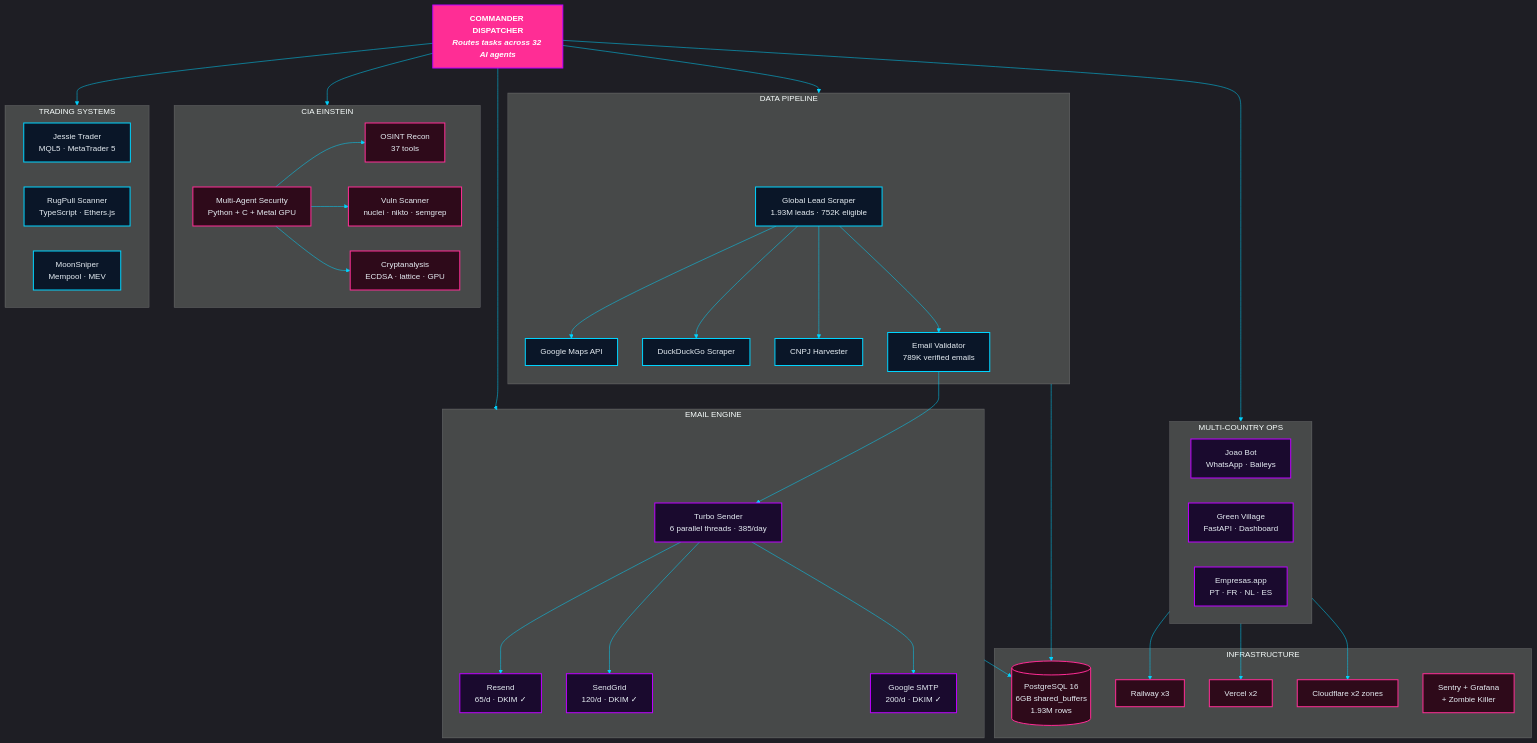
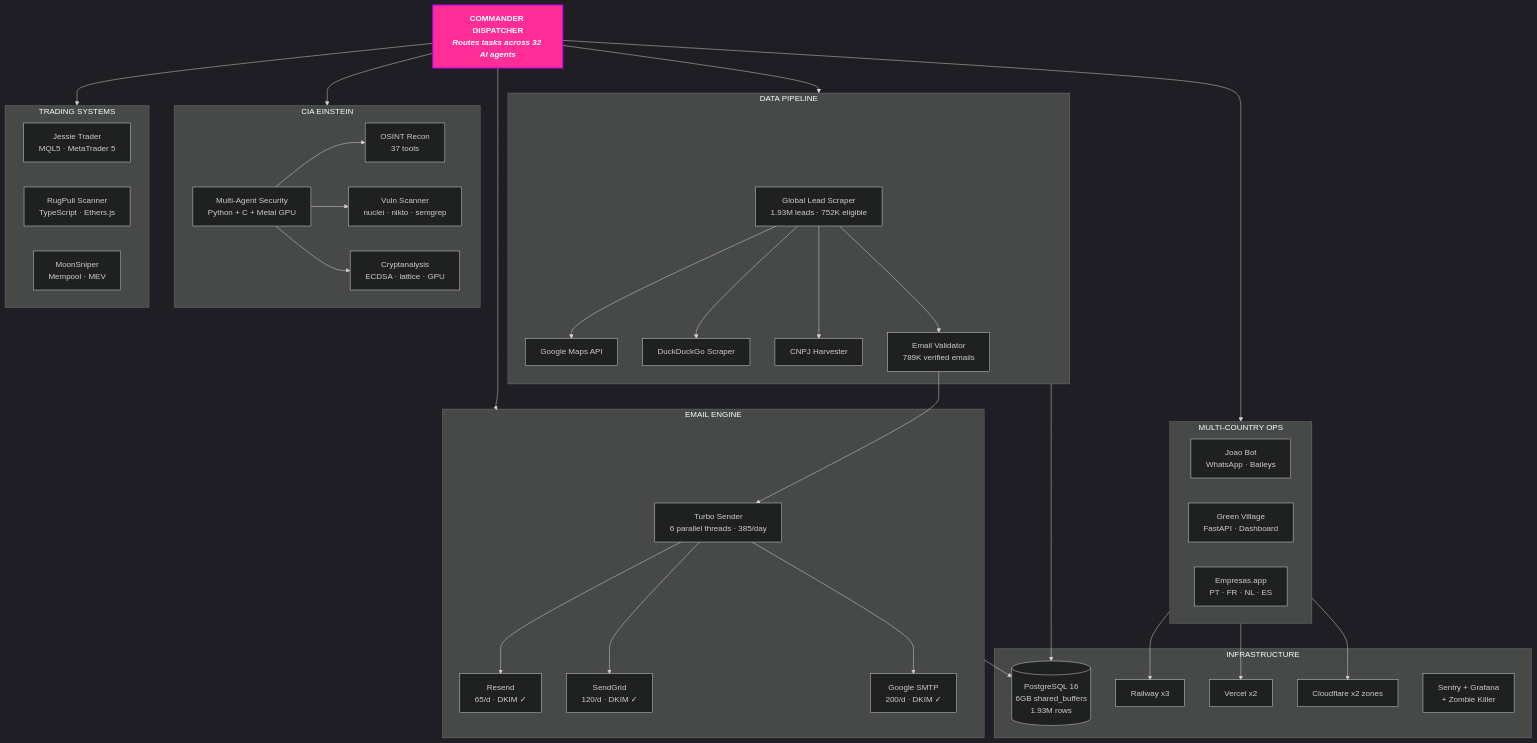
One commit to MatheusAgueda/MatheusAgueda changed the first of 16 diagrams in README.md. Above: the diagram before and after it, drawn with Mermaid. The commit also changed other lines of this file, not shown here.

First line of the commit message:
fix: remove dark classDef fills + replace block-beta — fix Mermaid rendering bugs

````diff
--- a/README.md
+++ b/README.md
@@ -310,5 +310,5 @@
 ```mermaid
-%%{init: {'theme': 'dark', 'themeVariables': { 'primaryColor': '#FF2D95', 'primaryTextColor': '#fff', 'primaryBorderColor': '#BD00FF', 'lineColor': '#00D4FF', 'secondaryColor': '#1a1a2e', 'tertiaryColor': '#16213e'}}}%%
+%%{init: {'theme': 'dark'}}%%
 
 graph TB
     CMD["COMMANDER DISPATCHER<br/><i>Routes tasks across 32 AI agents</i>"]
@@ -380,19 +380,5 @@
     BIZ --> VC
     BIZ --> CF
 
-    classDef cmd fill:#FF2D95,stroke:#BD00FF,color:#fff,font-weight:bold,stroke-width:2px
-    classDef pipeline fill:#0a1628,stroke:#00D4FF,color:#e6edf3,stroke-width:2px
-    classDef email fill:#1a0a2e,stroke:#BD00FF,color:#e6edf3,stroke-width:2px
-    classDef security fill:#2e0a1a,stroke:#FF2D95,color:#e6edf3,stroke-width:2px
-    classDef trading fill:#0a1628,stroke:#00D4FF,color:#e6edf3,stroke-width:2px
-    classDef business fill:#1a0a2e,stroke:#BD00FF,color:#e6edf3,stroke-width:2px
-    classDef infra fill:#2e0a1a,stroke:#FF2D95,color:#e6edf3,stroke-width:2px
-
-    class CMD cmd
-    class GLS,MAPS,DDG,CNPJ,VALID pipeline
-    class TURBO,R1,R2,R3 email
-    class CIA,OSINT,VULN,CRYPTO security
-    class JESSIE,RUG,MOON trading
-    class JOAO,GV,EMP business
-    class PG,RW,VC,CF,MON infra
+    style CMD fill:#FF2D95,stroke:#BD00FF,color:#fff,font-weight:bold,stroke-width:2px
 ```
````
